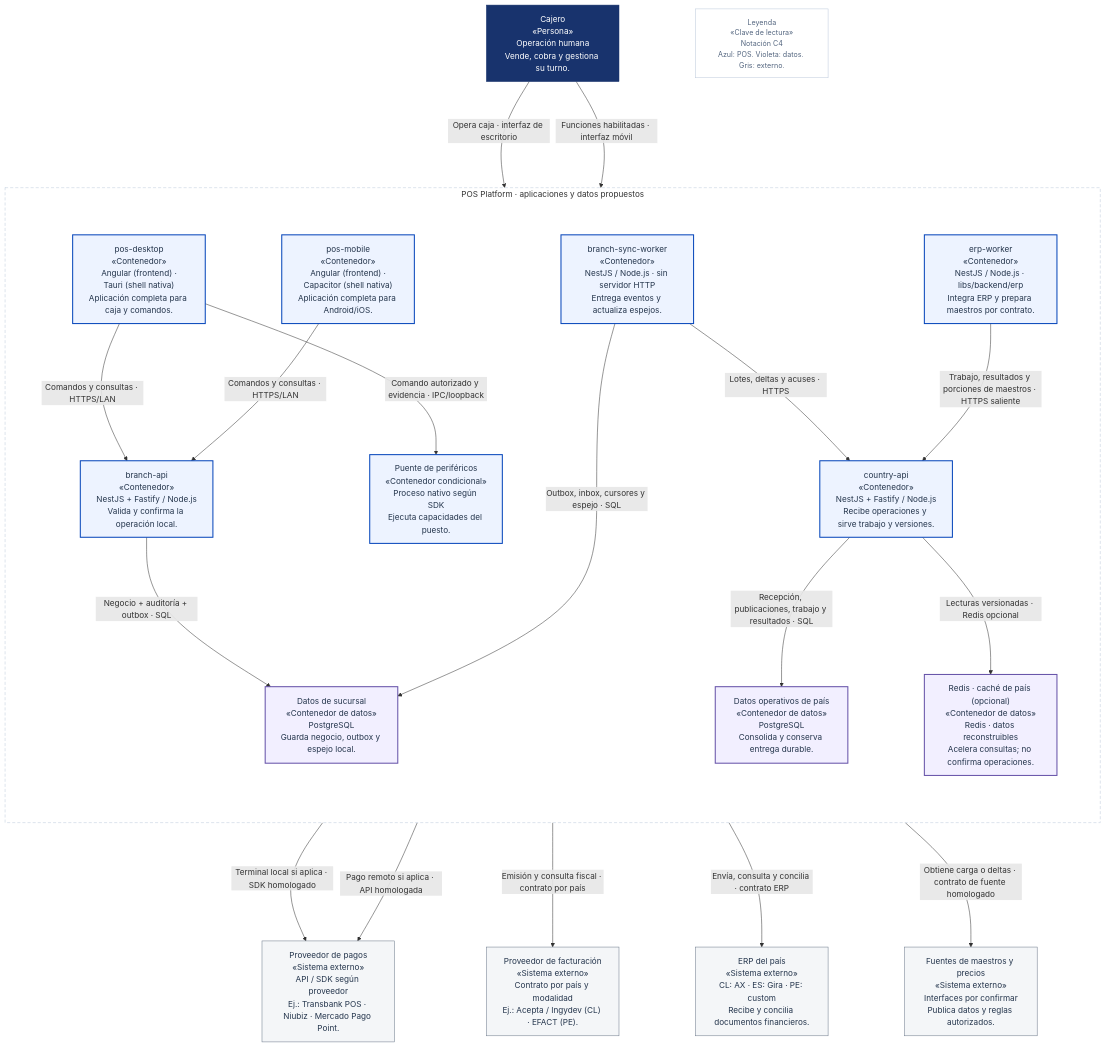
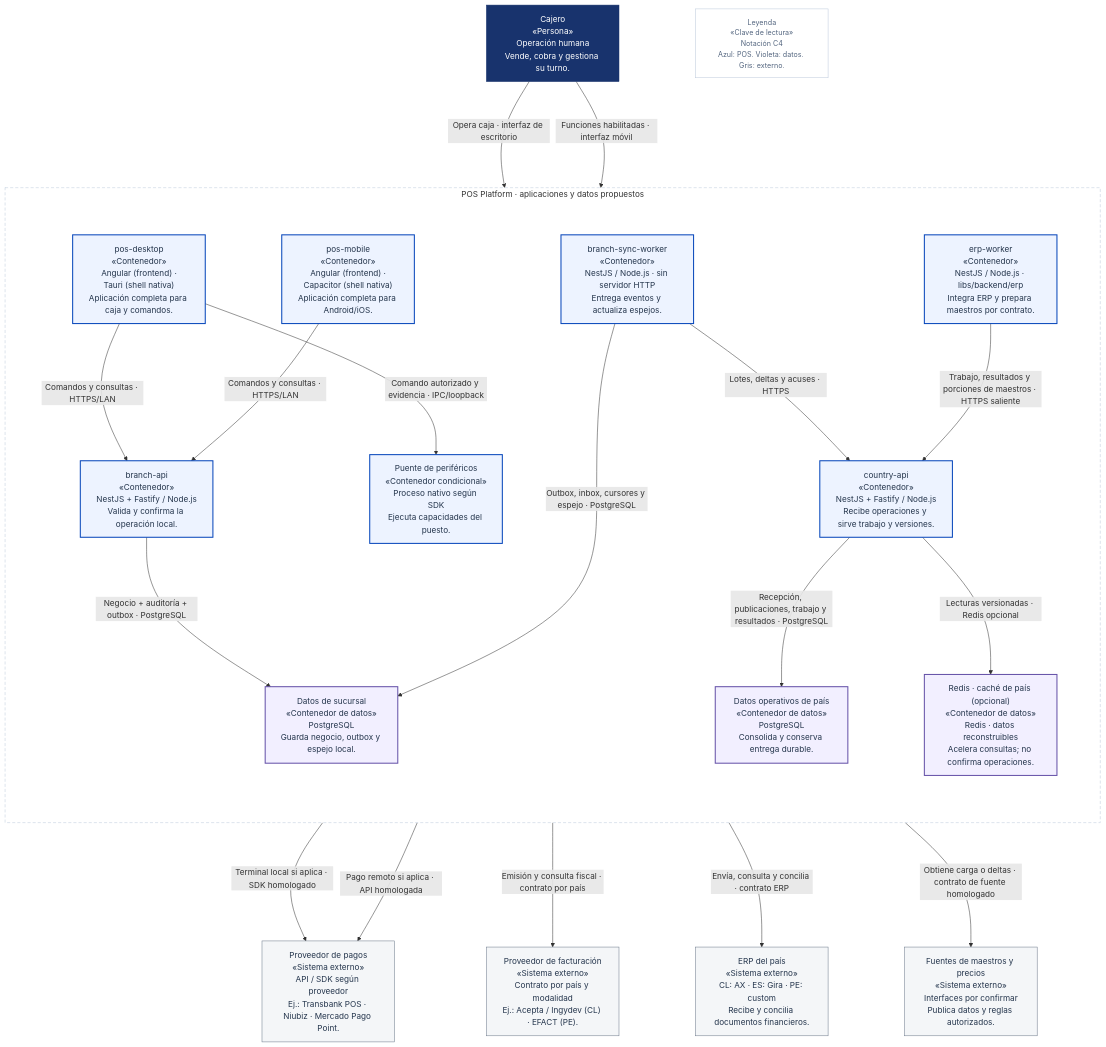
The diagram in docs/diagramas-excalidraw/mermaid/c4-containers.mmd (developer-implementos/pos-docs), drawn with Mermaid before and after one commit. The commit also changed 53 other files, not shown here.

Commit message:
docs: use consistent PostgreSQL connector labels

```diff
--- a/docs/diagramas-excalidraw/mermaid/c4-containers.mmd
+++ b/docs/diagramas-excalidraw/mermaid/c4-containers.mmd
@@ -1,50 +1,50 @@
 ---
 config:
     flowchart:
         nodeSpacing: 150
         rankSpacing: 160
 ---
 flowchart TB
     accTitle: C2 · Contenedores — Aplicaciones, procesos y datos
     accDescr: Aplicaciones de POS Platform, persistencia de sucursal y servicios de país. Cada nombre de app corresponde al monorepo; las capacidades son propuesta por implementar. PostgreSQL conserva negocio y entrega durable. Country-api publica versiones; erp-worker prepara maestros mediante un contrato de origen y presupuesto aislados. Redis es caché opcional. Sin SQL WAN ni aplicación adicional.
     subgraph systemScope["POS Platform · aplicaciones y datos propuestos"]
         direction TB
         client["pos-desktop<br/>«Contenedor»<br/>Angular (frontend) ·<br/>Tauri (shell nativa)<br/>Aplicación completa para caja y comandos."]:::pos
         mobileClient["pos-mobile<br/>«Contenedor»<br/>Angular (frontend) ·<br/>Capacitor (shell nativa)<br/>Aplicación completa para Android/iOS."]:::pos
         device["Puente de periféricos<br/>«Contenedor condicional»<br/>Proceso nativo según SDK<br/>Ejecuta capacidades del puesto."]:::pos
         branchApi["branch-api<br/>«Contenedor»<br/>NestJS + Fastify / Node.js<br/>Valida y confirma la operación local."]:::pos
         branchDb["Datos de sucursal<br/>«Contenedor de datos»<br/>PostgreSQL<br/>Guarda negocio, outbox y espejo local."]:::store
         syncWorker["branch-sync-worker<br/>«Contenedor»<br/>NestJS / Node.js · sin servidor HTTP<br/>Entrega eventos y actualiza espejos."]:::pos
         countryApi["country-api<br/>«Contenedor»<br/>NestJS + Fastify / Node.js<br/>Recibe operaciones y sirve trabajo y versiones."]:::pos
         countryDb["Datos operativos de país<br/>«Contenedor de datos»<br/>PostgreSQL<br/>Consolida y conserva entrega durable."]:::store
         countryCache["Redis · caché de país (opcional)<br/>«Contenedor de datos»<br/>Redis · datos reconstruibles<br/>Acelera consultas; no confirma operaciones."]:::store
         erpAdapter["erp-worker<br/>«Contenedor»<br/>NestJS / Node.js · libs/backend/erp<br/>Integra ERP y prepara maestros por contrato."]:::pos
     end
         cashier["Cajero<br/>«Persona»<br/>Operación humana<br/>Vende, cobra y gestiona su turno."]:::person
         erp["ERP del país<br/>«Sistema externo»<br/>CL: AX · ES: Gira · PE: custom<br/>Recibe y concilia documentos financieros."]:::external
         masters["Fuentes de maestros y precios<br/>«Sistema externo»<br/>Interfaces por confirmar<br/>Publica datos y reglas autorizados."]:::external
         payments["Proveedor de pagos<br/>«Sistema externo»<br/>API / SDK según proveedor<br/>Ej.: Transbank POS · Niubiz · Mercado Pago Point."]:::external
         fiscal["Proveedor de facturación<br/>«Sistema externo»<br/>Contrato por país y modalidad<br/>Ej.: Acepta / Ingydev (CL) · EFACT (PE)."]:::external
         legend["Leyenda<br/>«Clave de lectura»<br/>Notación C4<br/>Azul: POS. Violeta: datos. Gris: externo."]:::key
     cashier -->|"Opera caja · interfaz de escritorio"| client
     cashier -->|"Funciones habilitadas · interfaz móvil"| mobileClient
     client -->|"Comandos y consultas · HTTPS/LAN"| branchApi
     mobileClient -->|"Comandos y consultas · HTTPS/LAN"| branchApi
     client -->|"Comando autorizado y evidencia · IPC/loopback"| device
     device -->|"Terminal local si aplica · SDK homologado"| payments
-    branchApi -->|"Negocio + auditoría + outbox · SQL"| branchDb
+    branchApi -->|"Negocio + auditoría + outbox · PostgreSQL"| branchDb
     branchApi -->|"Pago remoto si aplica · API homologada"| payments
     branchApi -->|"Emisión y consulta fiscal · contrato por país"| fiscal
-    syncWorker -->|"Outbox, inbox, cursores y espejo · SQL"| branchDb
+    syncWorker -->|"Outbox, inbox, cursores y espejo · PostgreSQL"| branchDb
     syncWorker -->|"Lotes, deltas y acuses · HTTPS"| countryApi
-    countryApi -->|"Recepción, publicaciones, trabajo y resultados · SQL"| countryDb
+    countryApi -->|"Recepción, publicaciones, trabajo y resultados · PostgreSQL"| countryDb
     countryApi -->|"Lecturas versionadas · Redis opcional"| countryCache
     erpAdapter -->|"Trabajo, resultados y porciones de maestros · HTTPS saliente"| countryApi
     erpAdapter -->|"Envía, consulta y concilia · contrato ERP"| erp
     erpAdapter -->|"Obtiene carga o deltas · contrato de fuente homologado"| masters
     classDef pos fill:#EDF3FF,stroke:#0545BA,color:#25364D,stroke-width:2px
     classDef store fill:#F2EFFF,stroke:#6551A8,color:#25364D,stroke-width:2px
     classDef external fill:#F4F6F8,stroke:#6B788A,color:#25364D
     classDef person fill:#18336D,stroke:#18336D,color:#FFFFFF
     classDef key fill:#FFFFFF,stroke:#BCC9DB,color:#53657F,font-size:14px
     style systemScope fill:#FFFFFF,stroke:#BCC9DB,stroke-dasharray:6 4
```
